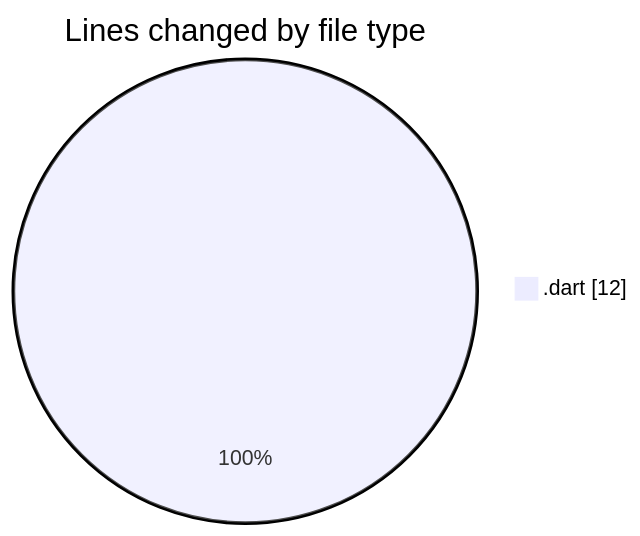
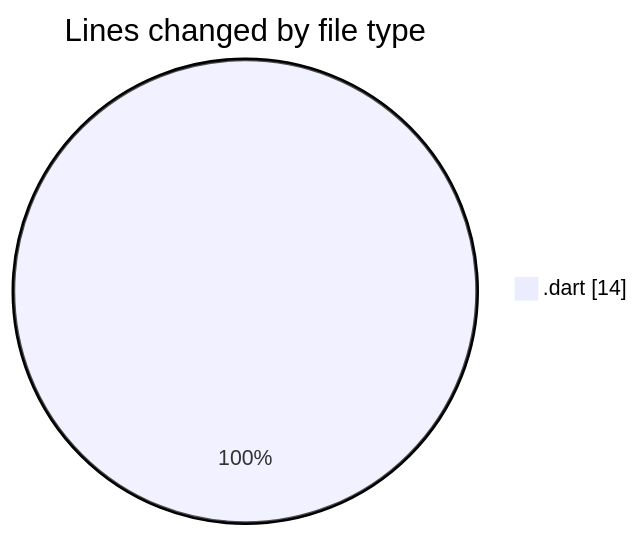
One commit to Elitesun/code-tracking changed the first of 2 diagrams in 2025-03-26/elitesun/README.md. Above: the diagram before and after it, drawn with Mermaid. The commit also changed other lines of this file and 1 other file, not shown here.

````diff
--- a/2025-03-26/elitesun/README.md
+++ b/2025-03-26/elitesun/README.md
@@ -20,5 +20,5 @@
 ```mermaid
 pie showData
 title Lines changed by file type
-".dart" : 12
+".dart" : 14
 ```
````
